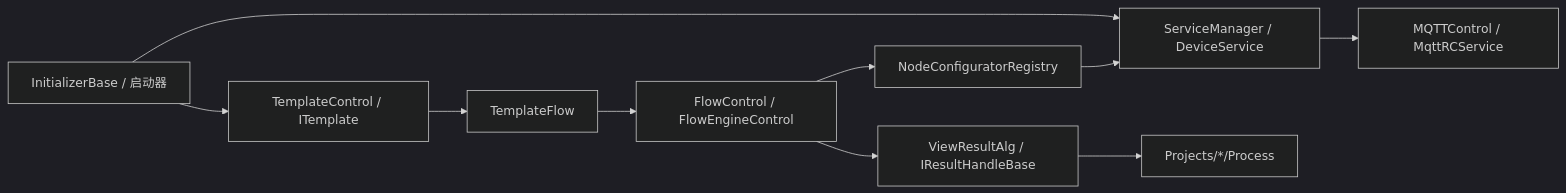
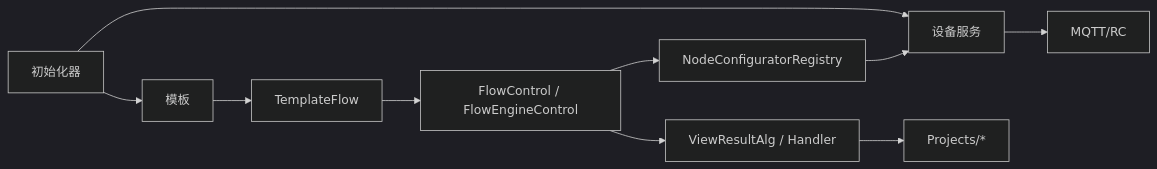
One commit to xincheng213618/scgd_general_wpf changed the diagram in docs/04-api-reference/engine-components/runtime-object-map.md. Above: the diagram before and after it, drawn with Mermaid (dark theme). The commit also changed other lines of this file and 180 other files, not shown here.

````diff
--- a/docs/04-api-reference/engine-components/runtime-object-map.md
+++ b/docs/04-api-reference/engine-components/runtime-object-map.md
@@ -7,12 +7,12 @@
 ```mermaid
 flowchart LR
-  Init["InitializerBase / 启动器"] --> Services["ServiceManager / DeviceService"]
-  Init --> Templates["TemplateControl / ITemplate"]
-  Services --> MQTT["MQTTControl / MqttRCService"]
-  Templates --> FlowTemplate["TemplateFlow"]
+  Init["初始化器"] --> Service["设备服务"]
+  Init --> Template["模板"]
+  Service --> MQTT["MQTT/RC"]
+  Template --> FlowTemplate["TemplateFlow"]
   FlowTemplate --> Flow["FlowControl / FlowEngineControl"]
-  Flow --> NodeConfig["NodeConfiguratorRegistry"]
-  NodeConfig --> Services
-  Flow --> Result["ViewResultAlg / IResultHandleBase"]
-  Result --> Project["Projects/*/Process"]
+  Flow --> Configurator["NodeConfiguratorRegistry"]
+  Configurator --> Service
+  Flow --> Result["ViewResultAlg / Handler"]
+  Result --> Project["Projects/*"]
 ```
````
